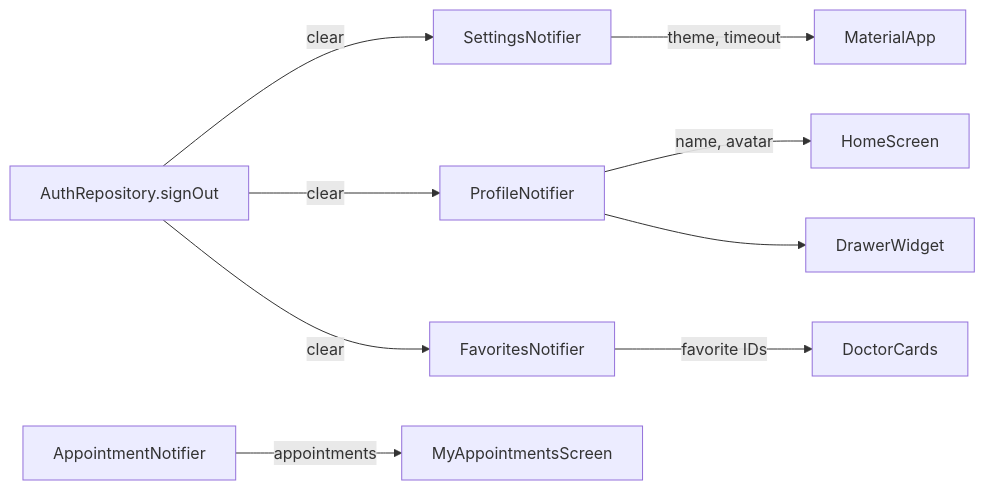
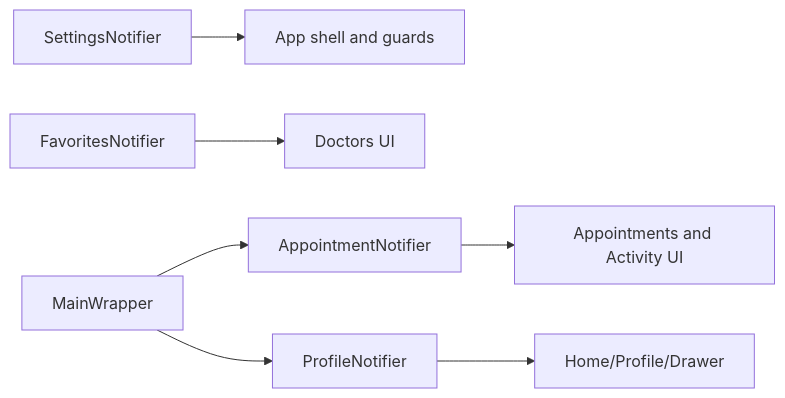
Before and after one commit to muhammadanas656/daktarpi: the diagram in docs/06_state_management_and_data_flow.md, drawn with Mermaid. The commit also changed other lines of this file and 72 other files, not shown here.

Commit message:
added features e.g. account activity screen, and review dialogue box, integrated views and end to end variables and arguments

````diff
--- a/docs/06_state_management_and_data_flow.md
+++ b/docs/06_state_management_and_data_flow.md
@@ -7,12 +11,9 @@
 ```mermaid
 graph LR
-    A[SettingsNotifier] --> |theme, timeout| B[MaterialApp]
-    C[ProfileNotifier] --> |name, avatar| D[HomeScreen]
-    C --> D2[DrawerWidget]
-    E[FavoritesNotifier] --> |favorite IDs| F[DoctorCards]
-    G[AppointmentNotifier] --> |appointments| H[MyAppointmentsScreen]
-    
-    A1[AuthRepository.signOut] --> |clear| A
-    A1 --> |clear| C
-    A1 --> |clear| E
+    S[SettingsNotifier] --> A[App shell and guards]
+    P[ProfileNotifier] --> H[Home/Profile/Drawer]
+    F[FavoritesNotifier] --> D[Doctors UI]
+    AP[AppointmentNotifier] --> M[Appointments and Activity UI]
+    MW[MainWrapper] --> AP
+    MW --> P
 ```
````
